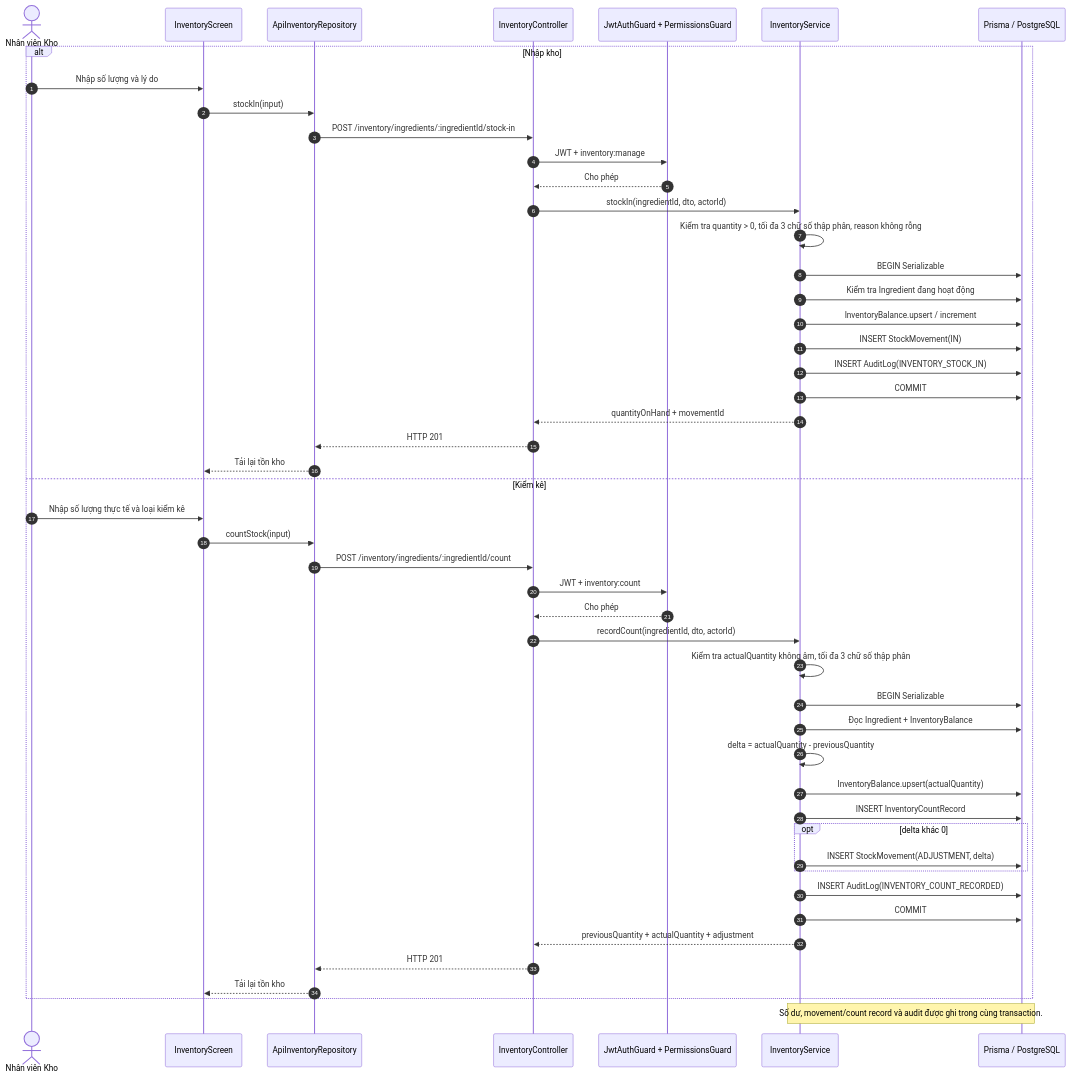
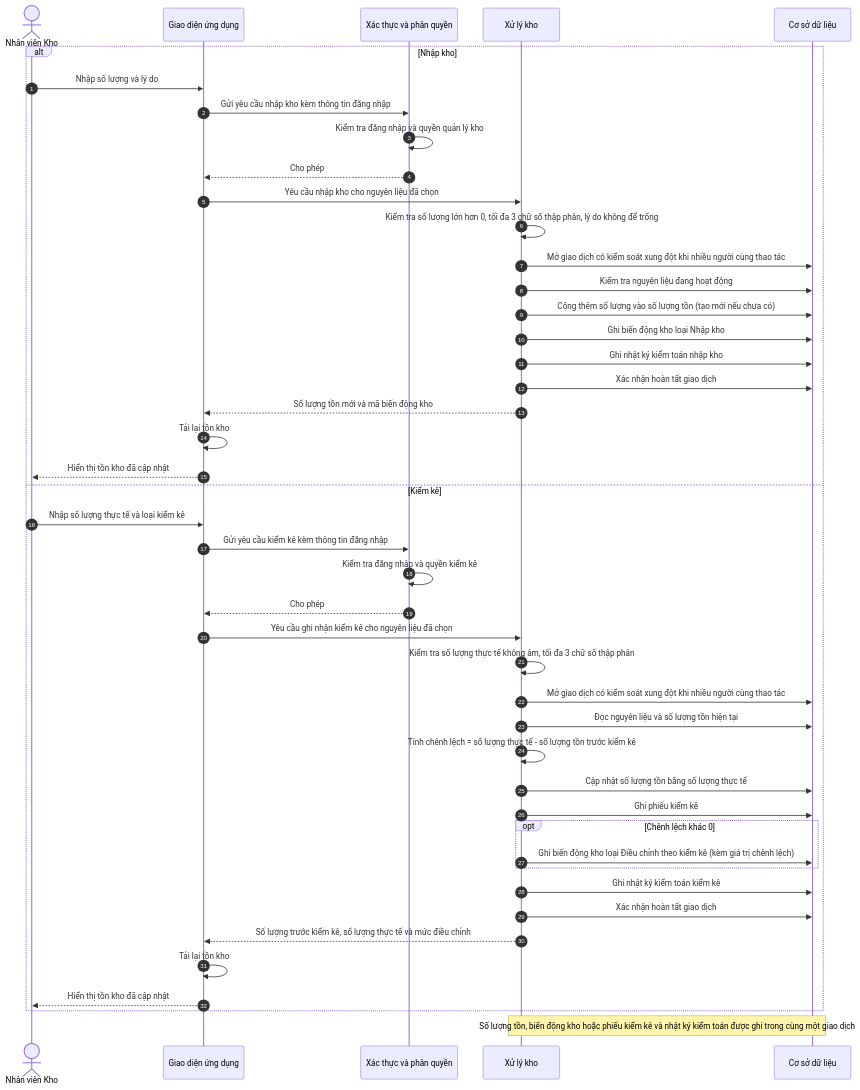
One commit to NTMHuy/ResMan changed the diagram in docs/analysis/diagrams/sequence-inventory-operations.mmd. Above: the diagram before and after it, drawn with Mermaid.

Commit message:
Translate sequence diagram elements to Vietnamese

```diff
--- a/docs/analysis/diagrams/sequence-inventory-operations.mmd
+++ b/docs/analysis/diagrams/sequence-inventory-operations.mmd
@@ -1,50 +1,56 @@
 sequenceDiagram
     autonumber
+
     actor Staff as Nhân viên Kho
-    participant UI as InventoryScreen
-    participant Repo as ApiInventoryRepository
-    participant Ctrl as InventoryController
-    participant Guard as JwtAuthGuard + PermissionsGuard
-    participant Svc as InventoryService
-    participant DB as Prisma / PostgreSQL
+
+    participant UI as Giao diện ứng dụng
+    participant Auth as Xác thực và phân quyền
+    participant Inv as Xử lý kho
+    participant DB as Cơ sở dữ liệu
 
     alt Nhập kho
         Staff->>UI: Nhập số lượng và lý do
-        UI->>Repo: stockIn(input)
-        Repo->>Ctrl: POST /inventory/ingredients/:ingredientId/stock-in
-        Ctrl->>Guard: JWT + inventory:manage
-        Guard-->>Ctrl: Cho phép
-        Ctrl->>Svc: stockIn(ingredientId, dto, actorId)
-        Svc->>Svc: Kiểm tra quantity > 0, tối đa 3 chữ số thập phân, reason không rỗng
-        Svc->>DB: BEGIN Serializable
-        Svc->>DB: Kiểm tra Ingredient đang hoạt động
-        Svc->>DB: InventoryBalance.upsert / increment
-        Svc->>DB: INSERT StockMovement(IN)
-        Svc->>DB: INSERT AuditLog(INVENTORY_STOCK_IN)
-        Svc->>DB: COMMIT
-        Svc-->>Ctrl: quantityOnHand + movementId
-        Ctrl-->>Repo: HTTP 201
-        Repo-->>UI: Tải lại tồn kho
+        UI->>Auth: Gửi yêu cầu nhập kho kèm thông tin đăng nhập
+        Auth->>Auth: Kiểm tra đăng nhập và quyền quản lý kho
+        Auth-->>UI: Cho phép
+        UI->>Inv: Yêu cầu nhập kho cho nguyên liệu đã chọn
+
+        Inv->>Inv: Kiểm tra số lượng lớn hơn 0, tối đa 3 chữ số thập phân, lý do không để trống
+        Inv->>DB: Mở giao dịch có kiểm soát xung đột khi nhiều người cùng thao tác
+        Inv->>DB: Kiểm tra nguyên liệu đang hoạt động
+        Inv->>DB: Cộng thêm số lượng vào số lượng tồn (tạo mới nếu chưa có)
+        Inv->>DB: Ghi biến động kho loại Nhập kho
+        Inv->>DB: Ghi nhật ký kiểm toán nhập kho
+        Inv->>DB: Xác nhận hoàn tất giao dịch
+
+        Inv-->>UI: Số lượng tồn mới và mã biến động kho
+        UI->>UI: Tải lại tồn kho
+        UI-->>Staff: Hiển thị tồn kho đã cập nhật
+
     else Kiểm kê
         Staff->>UI: Nhập số lượng thực tế và loại kiểm kê
-        UI->>Repo: countStock(input)
-        Repo->>Ctrl: POST /inventory/ingredients/:ingredientId/count
-        Ctrl->>Guard: JWT + inventory:count
-        Guard-->>Ctrl: Cho phép
-        Ctrl->>Svc: recordCount(ingredientId, dto, actorId)
-        Svc->>Svc: Kiểm tra actualQuantity không âm, tối đa 3 chữ số thập phân
-        Svc->>DB: BEGIN Serializable
-        Svc->>DB: Đọc Ingredient + InventoryBalance
-        Svc->>Svc: delta = actualQuantity - previousQuantity
-        Svc->>DB: InventoryBalance.upsert(actualQuantity)
-        Svc->>DB: INSERT InventoryCountRecord
-        opt delta khác 0
-            Svc->>DB: INSERT StockMovement(ADJUSTMENT, delta)
+        UI->>Auth: Gửi yêu cầu kiểm kê kèm thông tin đăng nhập
+        Auth->>Auth: Kiểm tra đăng nhập và quyền kiểm kê
+        Auth-->>UI: Cho phép
+        UI->>Inv: Yêu cầu ghi nhận kiểm kê cho nguyên liệu đã chọn
+
+        Inv->>Inv: Kiểm tra số lượng thực tế không âm, tối đa 3 chữ số thập phân
+        Inv->>DB: Mở giao dịch có kiểm soát xung đột khi nhiều người cùng thao tác
+        Inv->>DB: Đọc nguyên liệu và số lượng tồn hiện tại
+        Inv->>Inv: Tính chênh lệch = số lượng thực tế - số lượng tồn trước kiểm kê
+        Inv->>DB: Cập nhật số lượng tồn bằng số lượng thực tế
+        Inv->>DB: Ghi phiếu kiểm kê
+
+        opt Chênh lệch khác 0
+            Inv->>DB: Ghi biến động kho loại Điều chỉnh theo kiểm kê (kèm giá trị chênh lệch)
         end
-        Svc->>DB: INSERT AuditLog(INVENTORY_COUNT_RECORDED)
-        Svc->>DB: COMMIT
-        Svc-->>Ctrl: previousQuantity + actualQuantity + adjustment
-        Ctrl-->>Repo: HTTP 201
-        Repo-->>UI: Tải lại tồn kho
+
+        Inv->>DB: Ghi nhật ký kiểm toán kiểm kê
+        Inv->>DB: Xác nhận hoàn tất giao dịch
+
+        Inv-->>UI: Số lượng trước kiểm kê, số lượng thực tế và mức điều chỉnh
+        UI->>UI: Tải lại tồn kho
+        UI-->>Staff: Hiển thị tồn kho đã cập nhật
     end
-    Note over Svc,DB: Số dư, movement/count record và audit được ghi trong cùng transaction.
+
+    Note over Inv,DB: Số lượng tồn, biến động kho hoặc phiếu kiểm kê và nhật ký kiểm toán được ghi trong cùng một giao dịch
```
